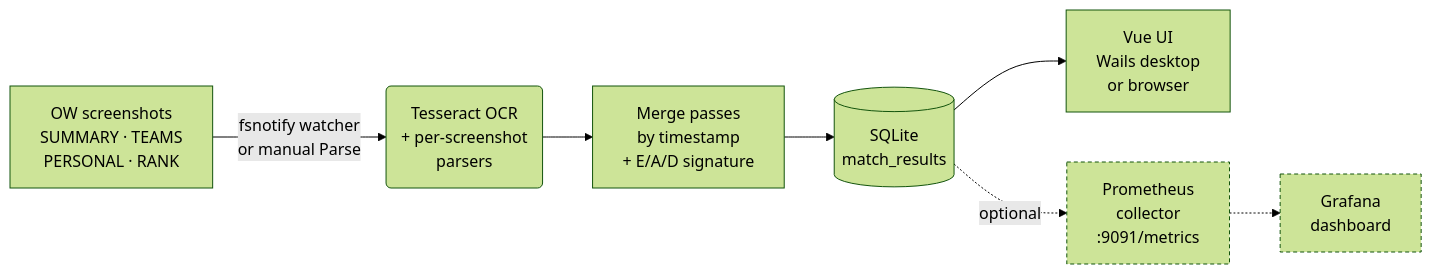
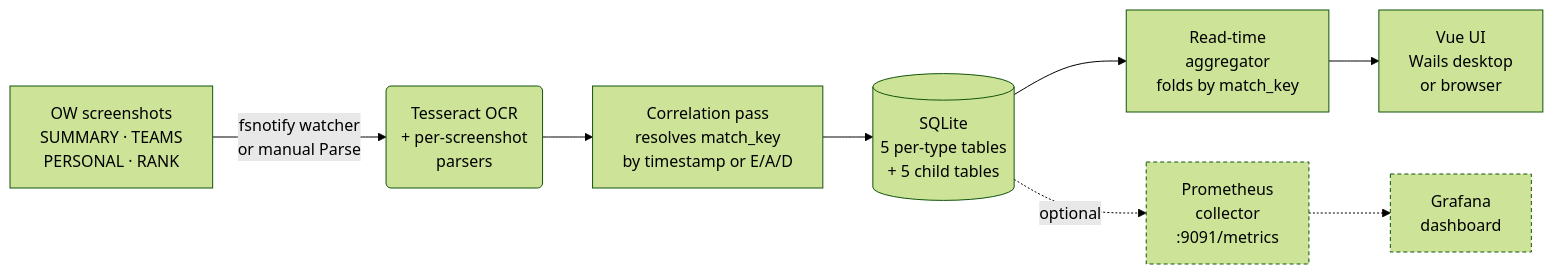
The diagram in README.md (sound-barrier/recall), drawn with Mermaid (forest theme) before and after one commit. The commit also changed 2 other files, not shown here.

First paragraph of the commit message:
docs: reflect the per-screenshot 3NF schema in user-facing copy
Three docs still narrated the old single-row, destructive-merge
shape — the description rotted when PR #45 cut over to per-type
tables + read-time aggregation. Update three surfaces:

````diff
--- a/README.md
+++ b/README.md
@@ -21,11 +21,12 @@
 ```mermaid
 flowchart LR
   A[OW screenshots<br/>SUMMARY · TEAMS<br/>PERSONAL · RANK] -->|fsnotify watcher<br/>or manual Parse| B(Tesseract OCR<br/>+ per-screenshot<br/>parsers)
-  B --> C[Merge passes<br/>by timestamp<br/>+ E/A/D signature]
-  C --> D[(SQLite<br/>match_results)]
-  D --> E[Vue UI<br/>Wails desktop<br/>or browser]
-  D -.->|optional| F[Prometheus<br/>collector<br/>:9091/metrics]
-  F -.-> G[Grafana<br/>dashboard]
+  B --> C[Correlation pass<br/>resolves match_key<br/>by timestamp or E/A/D]
+  C --> D[(SQLite<br/>5 per-type tables<br/>+ 5 child tables)]
+  D --> E[Read-time<br/>aggregator<br/>folds by match_key]
+  E --> F[Vue UI<br/>Wails desktop<br/>or browser]
+  D -.->|optional| G[Prometheus<br/>collector<br/>:9091/metrics]
+  G -.-> H[Grafana<br/>dashboard]
   classDef opt stroke-dasharray: 4 3
-  class F,G opt
+  class G,H opt
 ```
````
